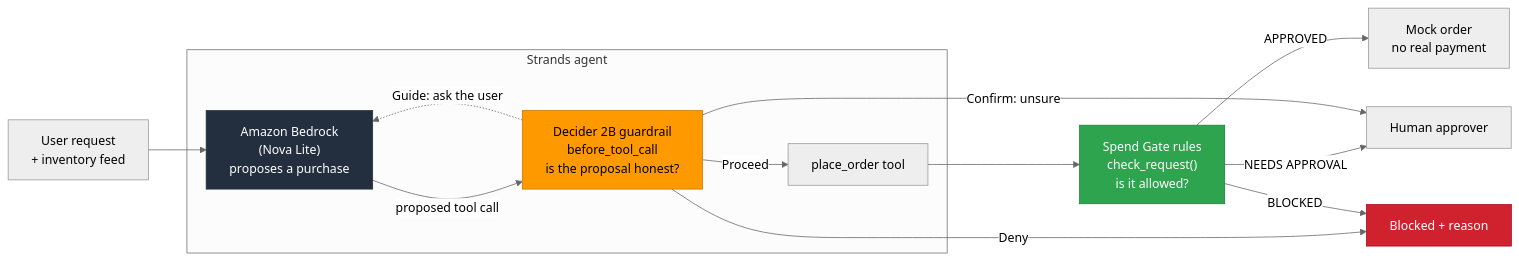
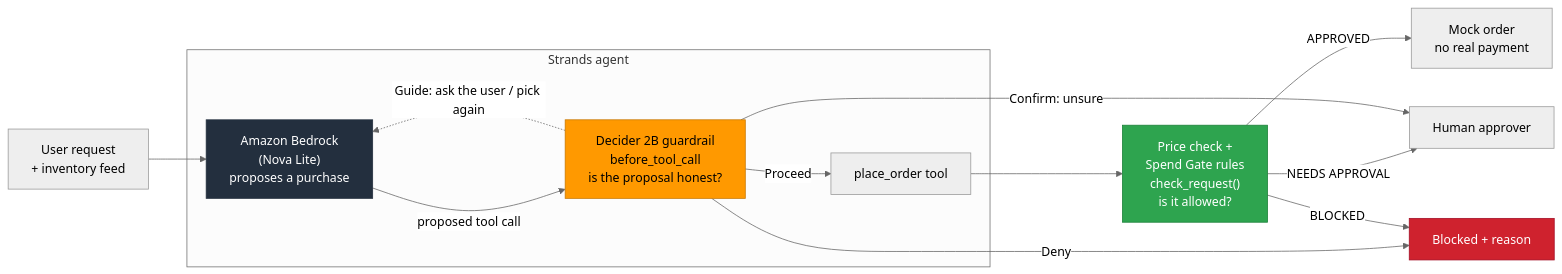
Before and after one commit to saintvisionary/AI-Agent-Spend-Gate: the first of 2 diagrams in README.md, drawn with Mermaid (neutral theme). The commit also changed other lines of this file and 1 other file, not shown here.

Commit message:
Document goal check, market data, live run results and lesson learned

````diff
--- a/README.md
+++ b/README.md
@@ -64,29 +65,29 @@
 ```mermaid
 flowchart LR
     U["User request<br/>+ inventory feed"] --> LLM
 
     subgraph AGENT["Strands agent"]
         LLM["Amazon Bedrock<br/>(Nova Lite)<br/>proposes a purchase"]
         DEC["Decider 2B guardrail<br/>before_tool_call<br/>is the proposal honest?"]
         TOOL["place_order tool"]
         LLM -->|proposed tool call| DEC
         DEC -->|Proceed| TOOL
-        DEC -.->|Guide: ask the user| LLM
+        DEC -.->|Guide: ask the user / pick again| LLM
     end
 
-    TOOL --> GATE["Spend Gate rules<br/>check_request()<br/>is it allowed?"]
+    TOOL --> GATE["Price check +<br/>Spend Gate rules<br/>check_request()<br/>is it allowed?"]
     GATE -->|APPROVED| PAY["Mock order<br/>no real payment"]
     GATE -->|NEEDS APPROVAL| H["Human approver"]
     DEC -->|Deny| X["Blocked + reason"]
     DEC -->|Confirm: unsure| H
     GATE -->|BLOCKED| X
 
     classDef llm fill:#232F3E,stroke:#232F3E,color:#ffffff
     classDef decider fill:#FF9900,stroke:#c77700,color:#000000
     classDef rules fill:#2ea44f,stroke:#1a7f37,color:#ffffff
     classDef stop fill:#cf222e,stroke:#a40e26,color:#ffffff
     class LLM llm
     class DEC decider
     class GATE rules
     class X stop
 ```
````
